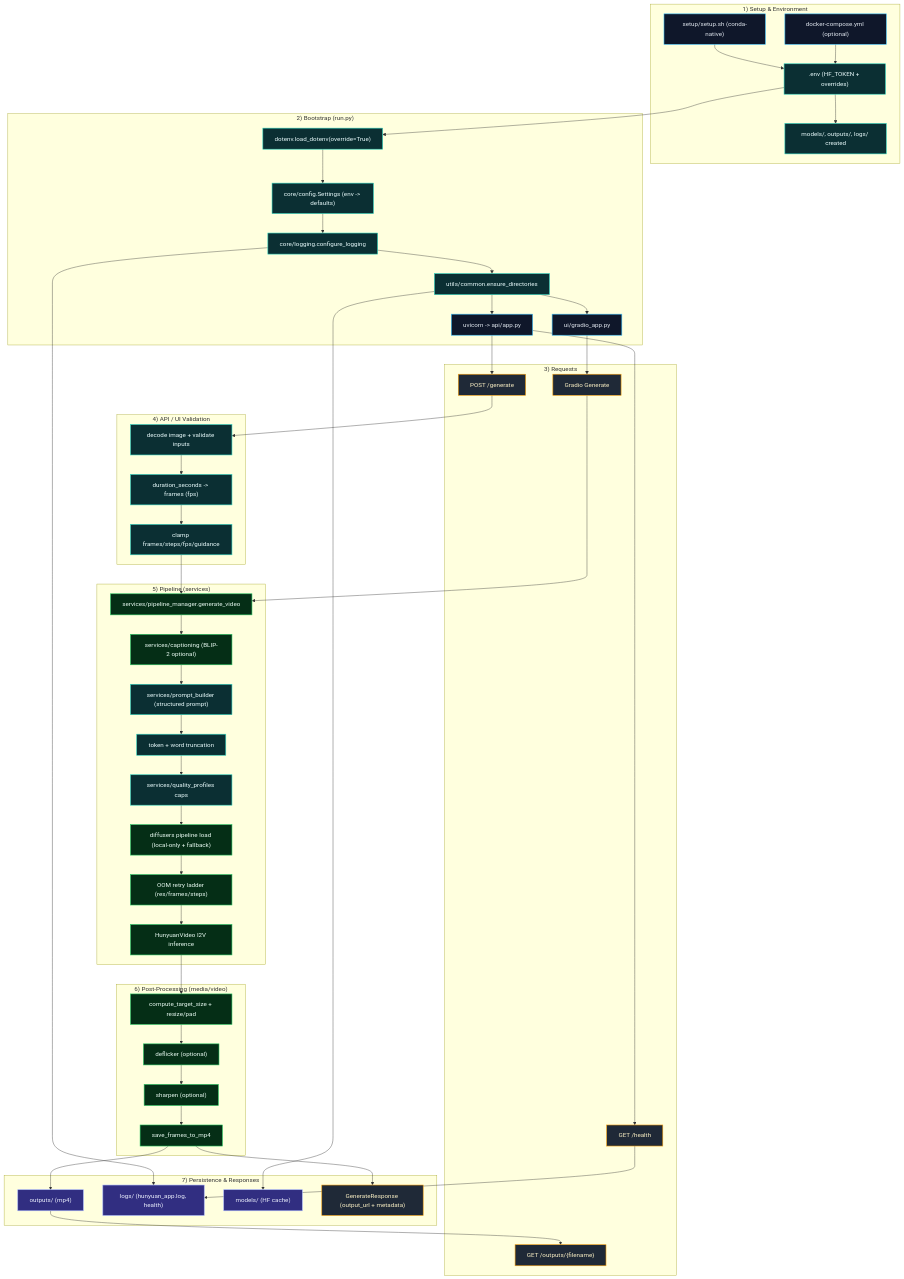
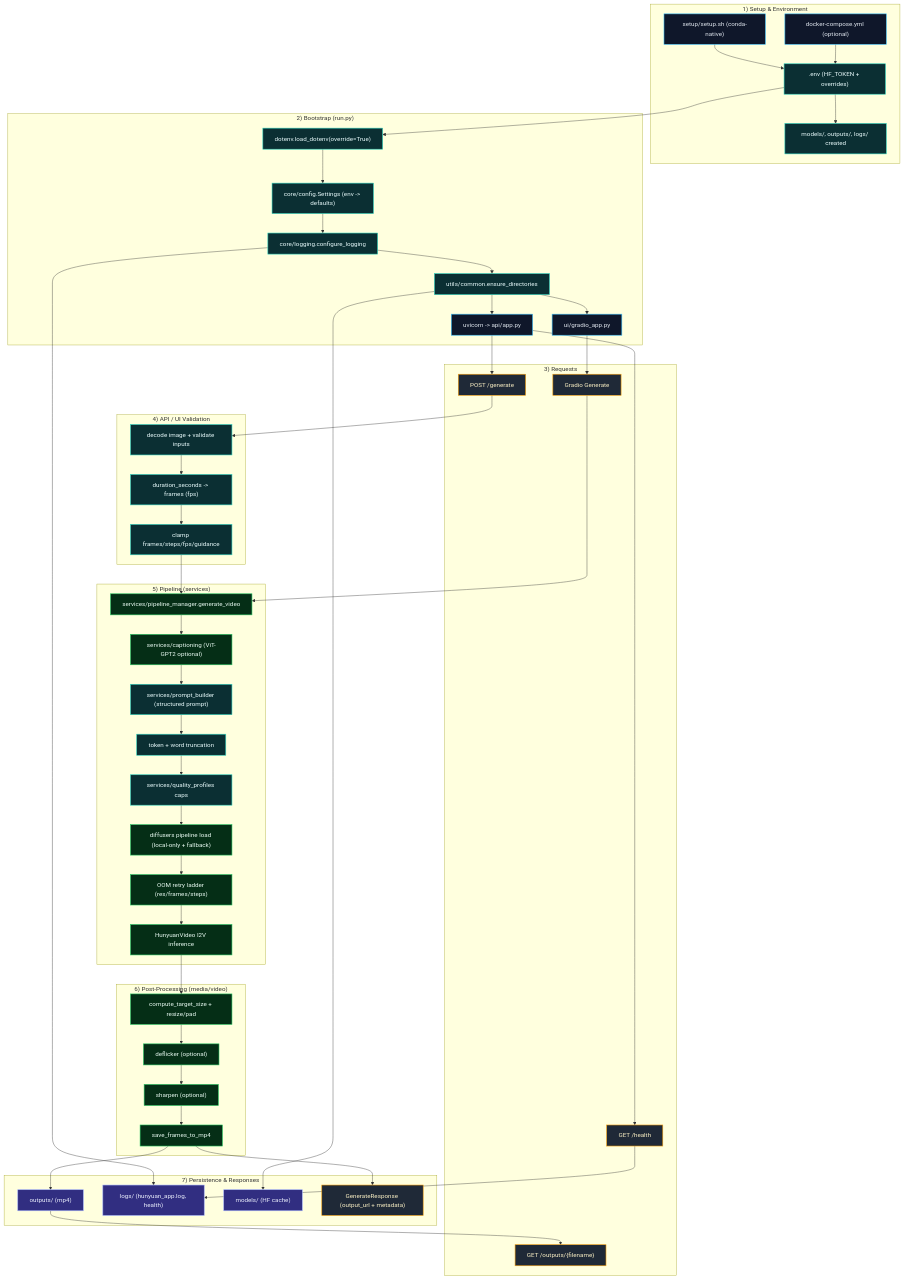
The diagram in README.md (arjuntheprogrammer/text-to-video-hunyuan-model), drawn with Mermaid before and after one commit. The commit also changed other lines of this file and 5 other files, not shown here.

Commit message:
Switch captioning to vit-gpt2 on-demand GPU

````diff
--- a/README.md
+++ b/README.md
@@ -57,79 +57,79 @@
 ```mermaid
 flowchart TB
     %% Detailed, top-to-bottom flow for HunyuanVideo-I2V
     classDef step fill:#0f172a,stroke:#38bdf8,stroke-width:1.5px,color:#e2e8f0
     classDef io fill:#1f2937,stroke:#f59e0b,stroke-width:1.5px,color:#fef3c7
     classDef compute fill:#052e16,stroke:#22c55e,stroke-width:1.5px,color:#ecfdf5
     classDef store fill:#312e81,stroke:#a5b4fc,stroke-width:1.5px,color:#eef2ff
     classDef util fill:#0b2f33,stroke:#2dd4bf,stroke-width:1.5px,color:#ecfeff
 
     subgraph S1["1) Setup & Environment"]
         Conda["setup/setup.sh (conda-native)"]:::step
         Docker["docker-compose.yml (optional)"]:::step
         Env[".env (HF_TOKEN + overrides)"]:::util
         Paths["models/, outputs/, logs/ created"]:::util
         Conda --> Env --> Paths
         Docker --> Env
     end
 
     subgraph S2["2) Bootstrap (run.py)"]
         Dotenv["dotenv.load_dotenv(override=True)"]:::util
         Log["core/logging.configure_logging"]:::util
         Dirs["utils/common.ensure_directories"]:::util
         Settings["core/config.Settings (env -> defaults)"]:::util
         API["uvicorn -> api/app.py"]:::step
         UI["ui/gradio_app.py"]:::step
         Dotenv --> Settings --> Log --> Dirs --> API
         Dirs --> UI
     end
 
     subgraph S3["3) Requests"]
         Health["GET /health"]:::io
         Generate["POST /generate"]:::io
         UIReq["Gradio Generate"]:::io
         OutputsGet["GET /outputs/{filename}"]:::io
     end
 
     subgraph S4["4) API / UI Validation"]
         Parse["decode image + validate inputs"]:::util
         Duration["duration_seconds -> frames (fps)"]:::util
         Clamp["clamp frames/steps/fps/guidance"]:::util
     end
 
     subgraph S5["5) Pipeline (services)"]
         Manager["services/pipeline_manager.generate_video"]:::compute
-        Caption["services/captioning (BLIP-2 optional)"]:::compute
+        Caption["services/captioning (ViT-GPT2 optional)"]:::compute
         Prompt["services/prompt_builder (structured prompt)"]:::util
         Truncate["token + word truncation"]:::util
         Profile["services/quality_profiles caps"]:::util
         Load["diffusers pipeline load (local-only + fallback)"]:::compute
         OOM["OOM retry ladder (res/frames/steps)"]:::compute
         Diffusers["HunyuanVideo I2V inference"]:::compute
     end
 
     subgraph S6["6) Post-Processing (media/video)"]
         Resize["compute_target_size + resize/pad"]:::compute
         Deflicker["deflicker (optional)"]:::compute
         Sharpen["sharpen (optional)"]:::compute
         Encode["save_frames_to_mp4"]:::compute
     end
 
     subgraph S7["7) Persistence & Responses"]
         Outputs["outputs/ (mp4)"]:::store
         Logs["logs/ (hunyuan_app.log, health)"]:::store
         Models["models/ (HF cache)"]:::store
         Response["GenerateResponse (output_url + metadata)"]:::io
     end
 
     %% Cross-stage flow
     Env --> Dotenv
     API --> Health
     API --> Generate --> Parse --> Duration --> Clamp --> Manager
     UI --> UIReq --> Manager
     Manager --> Caption --> Prompt --> Truncate --> Profile --> Load --> OOM --> Diffusers
     Diffusers --> Resize --> Deflicker --> Sharpen --> Encode --> Outputs --> OutputsGet
     Log --> Logs
     Dirs --> Models
     Health --> Logs
     Encode --> Response
 ```
````
